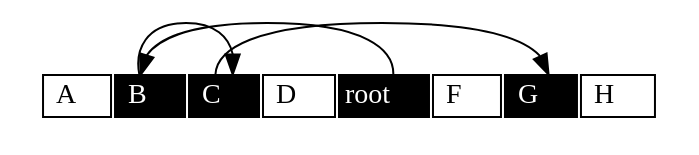
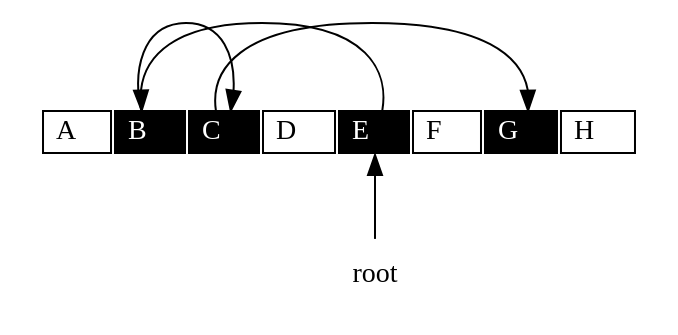
One commit to DreamAndDead/lua-5.1-source-guide changed the second of 11 diagrams in book/gc.org. Above: the diagram before and after it, drawn with Graphviz. The commit also changed other lines of this file and 32 other files, not shown here.

```diff
--- a/book/gc.org
+++ b/book/gc.org
@@ -49,22 +51,24 @@
 #+begin_src dot :file gc-2-color-root-1.png
 digraph {
 	node[shape=none];
-	
+
 	o[label=<
 	  <table border="0">
 	  <tr>
 	  <td port="0" border="1" bgcolor="white"><font color="black">  A  </font></td>
 	  <td port="1" border="1" bgcolor="black"><font color="white">  B  </font></td>
 	  <td port="2" border="1" bgcolor="black"><font color="white">  C  </font></td>
 	  <td port="3" border="1" bgcolor="white"><font color="black">  D  </font></td>
-	  <td port="4" border="1" bgcolor="black"><font color="white"> root </font></td>
+	  <td port="4" border="1" bgcolor="black"><font color="white">  E  </font></td>
 	  <td port="5" border="1" bgcolor="white"><font color="black">  F  </font></td>
 	  <td port="6" border="1" bgcolor="black"><font color="white">  G  </font></td>
 	  <td port="7" border="1" bgcolor="white"><font color="black">  H  </font></td>
 	  </tr>
 	  </table>
 	  >];
 
 	o:4 -> o:1 -> o:2 -> o:6;
+
+	o:4 -> root[dir=back];
 }
 #+end_src
```
